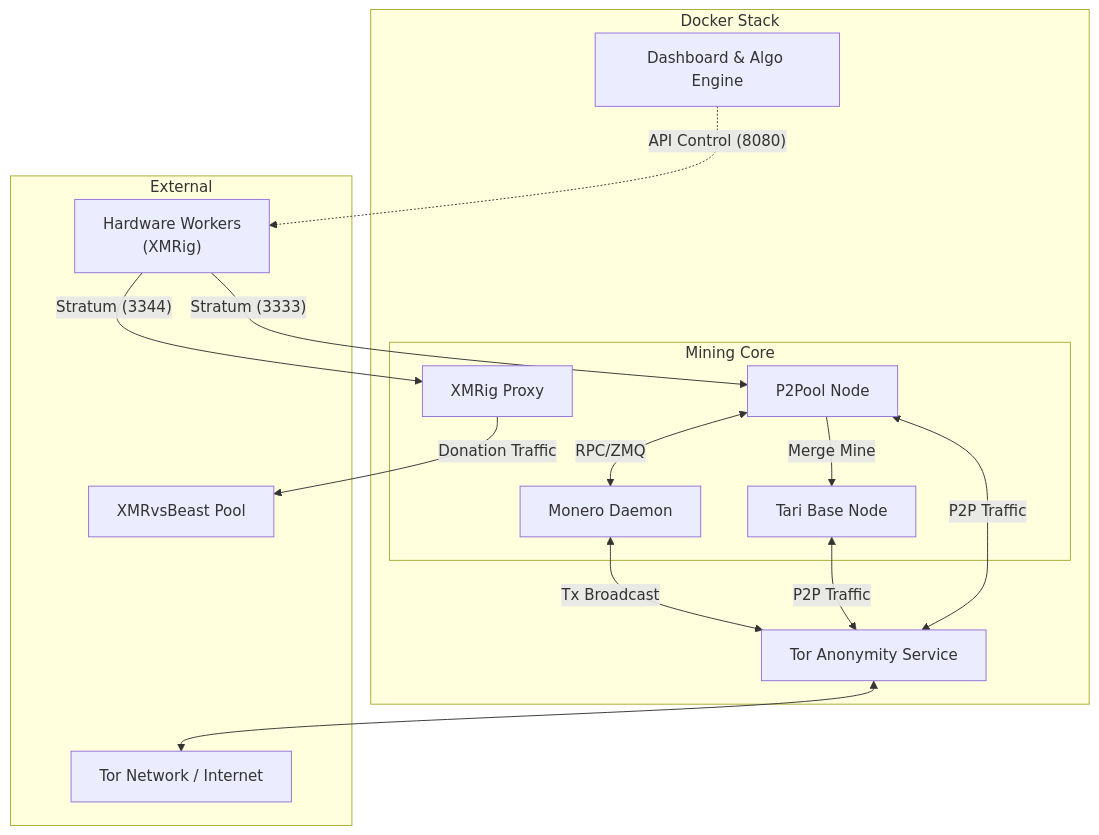
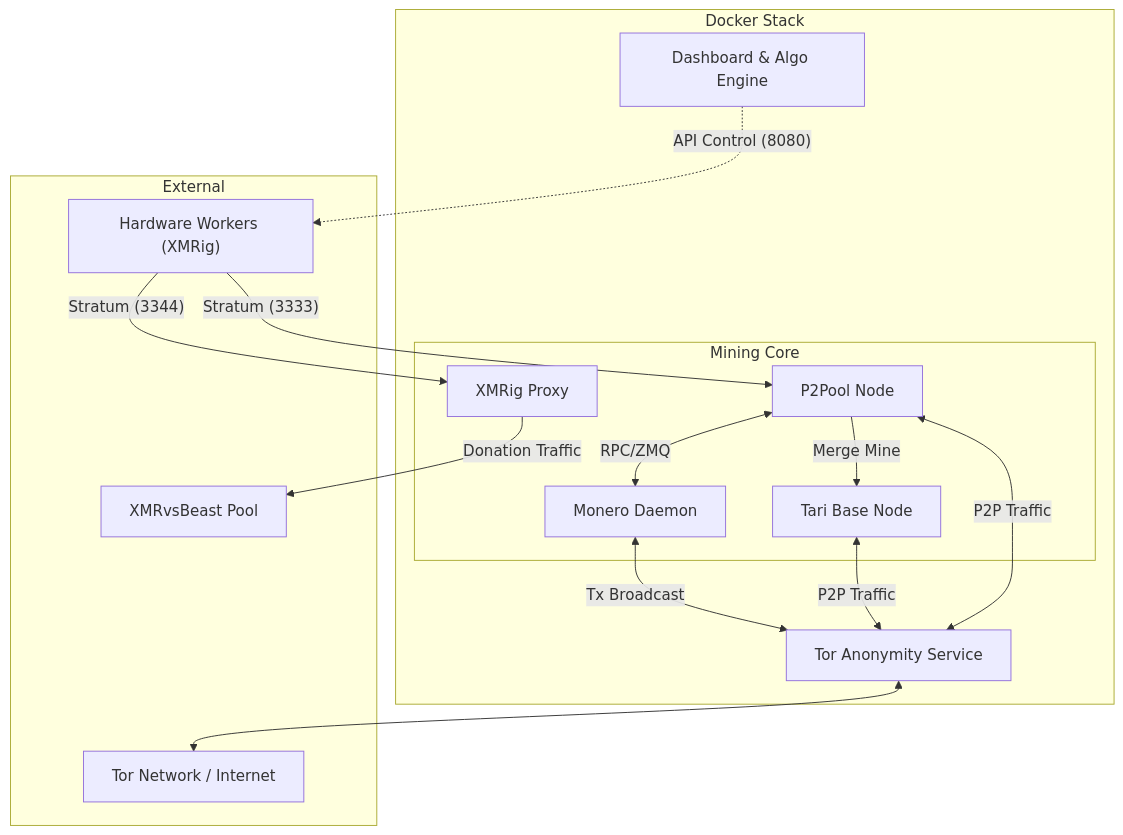
The diagram in Readme.md (VijitSingh97/p2pool-starter-stack), drawn with Mermaid before and after one commit.

````diff
--- a/Readme.md
+++ b/Readme.md
@@ -26,35 +26,35 @@
 ```mermaid
 graph TD
     subgraph "Docker Stack"
         Dashboard[Dashboard & Algo Engine]
         Tor[Tor Anonymity Service]
         
         subgraph "Mining Core"
             Monerod[Monero Daemon]
             P2Pool[P2Pool Node]
             Tari[Tari Base Node]
             Proxy[XMRig Proxy]
         end
     end
 
     subgraph "External"
-        Workers["Hardware Workers\n(XMRig)"]
+        Workers["Hardware Workers (XMRig)"]
         XvB[XMRvsBeast Pool]
         Internet[Tor Network / Internet]
     end
 
     Workers -- "Stratum (3333)" --> P2Pool
     Workers -- "Stratum (3344)" --> Proxy
     Dashboard -.->|"API Control (8080)"| Workers
     
     Proxy -->|Donation Traffic| XvB
     
     P2Pool <-->|RPC/ZMQ| Monerod
     P2Pool -->|Merge Mine| Tari
     
     Monerod <-->|Tx Broadcast| Tor
     Tari <-->|P2P Traffic| Tor
     P2Pool <-->|P2P Traffic| Tor
     
     Tor <--> Internet
 ```
````
